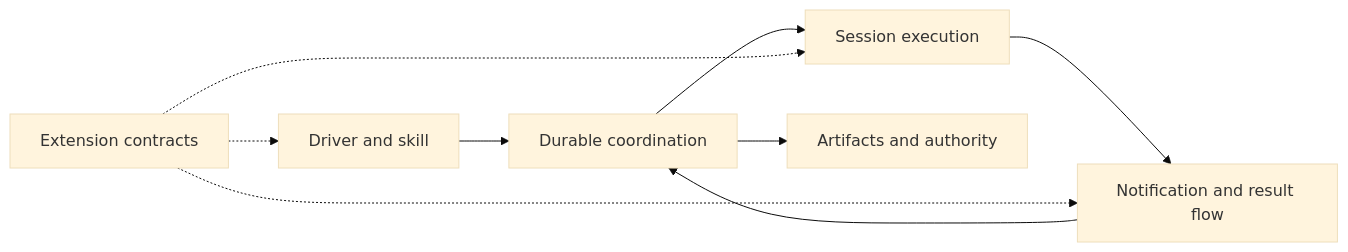
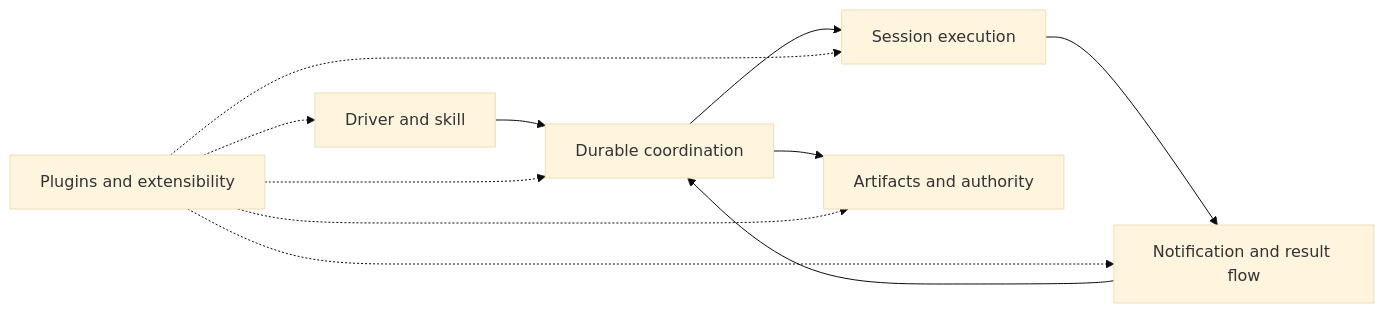
The second of 2 diagrams in docs/design.md (HarrisonBurst/Shephrd), drawn with Mermaid (base theme) before and after one commit. The commit also changed other lines of this file and 3 other files, not shown here.

````diff
--- a/docs/design.md
+++ b/docs/design.md
@@ -48,11 +48,13 @@
 ```mermaid
 flowchart LR
     D[Driver and skill] --> C[Durable coordination]
     C --> S[Session execution]
     S --> N[Notification and result flow]
     N --> C
     C --> A[Artifacts and authority]
-    E[Extension contracts] -.-> D
+    E[Plugins and extensibility] -.-> D
+    E -.-> C
     E -.-> S
     E -.-> N
+    E -.-> A
 ```
````
